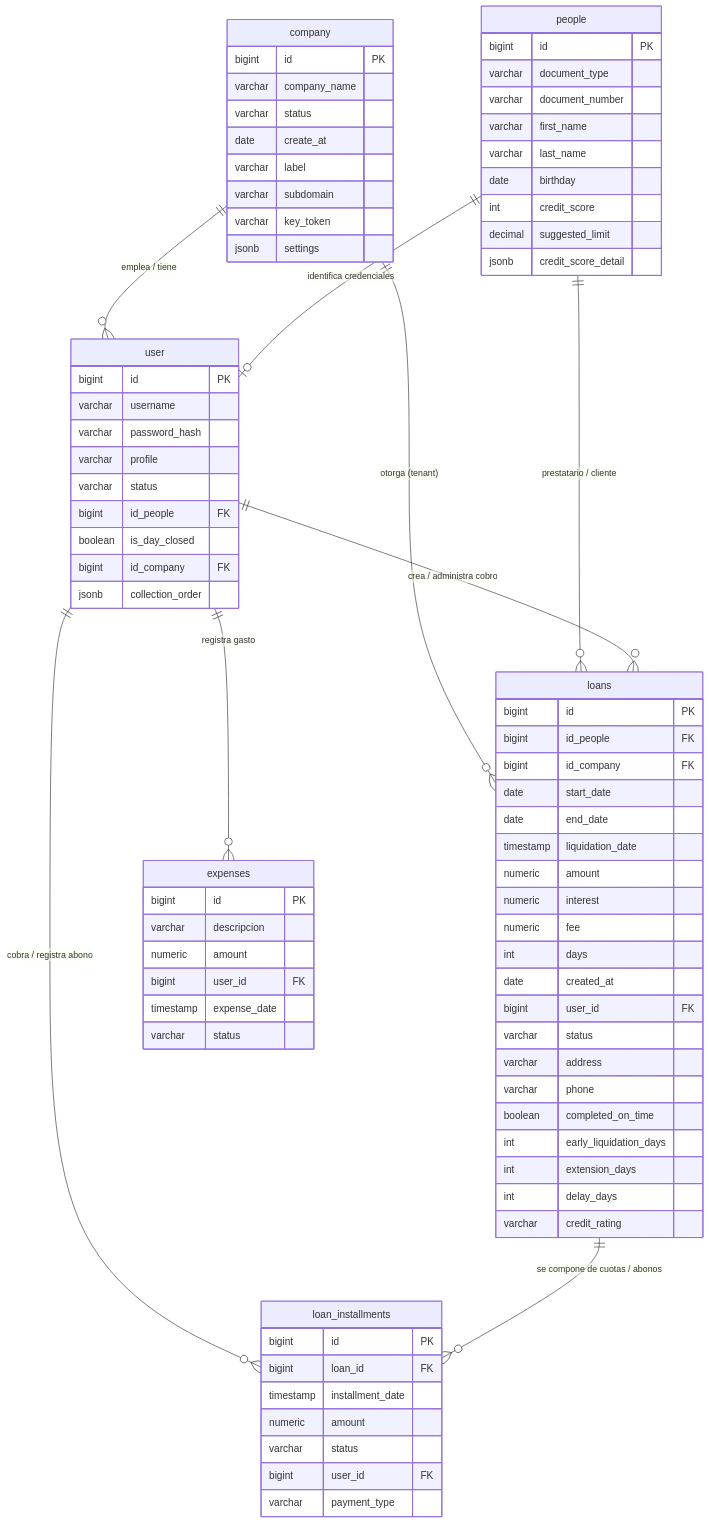
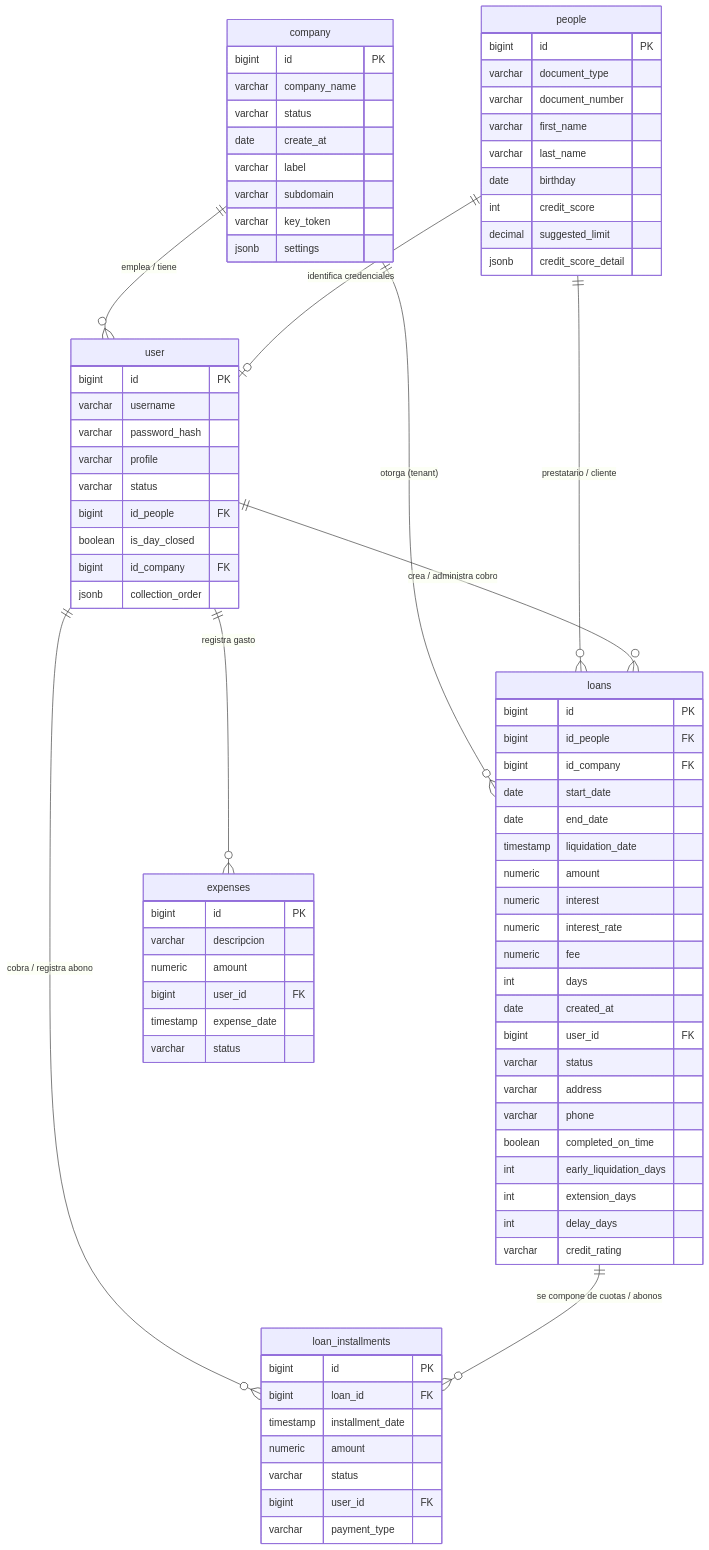
One commit to alexisb1v1/PrestamosApi changed the diagram in .antigravity/database.md. Above: the diagram before and after it, drawn with Mermaid. The commit also changed other lines of this file and 31 other files, not shown here.

Commit message:
docs: add database architecture, product specification, and domain modules for loans, reports, and system crons

```diff
--- a/.antigravity/database.md
+++ b/.antigravity/database.md
@@ -63,6 +63,7 @@
         timestamp liquidation_date
         numeric amount
         numeric interest
+        numeric interest_rate
         numeric fee
         int days
         date created_at
```
